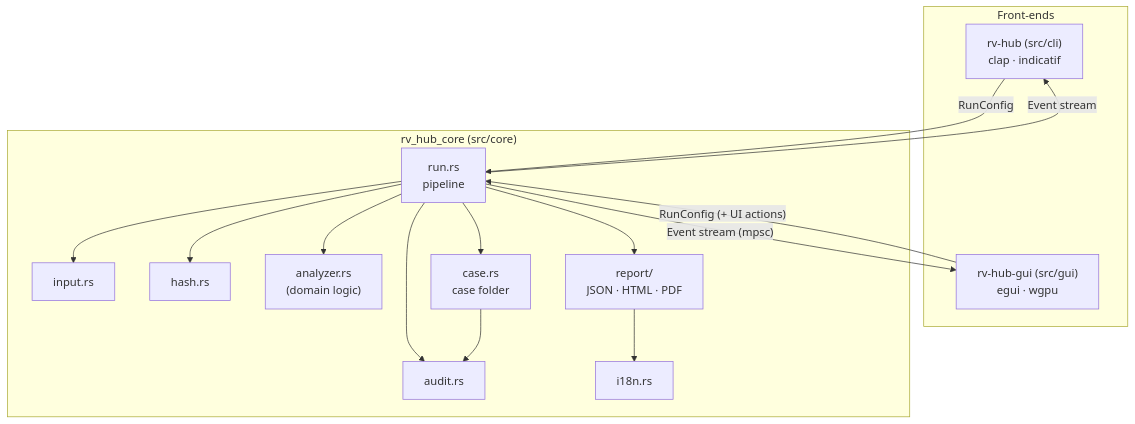
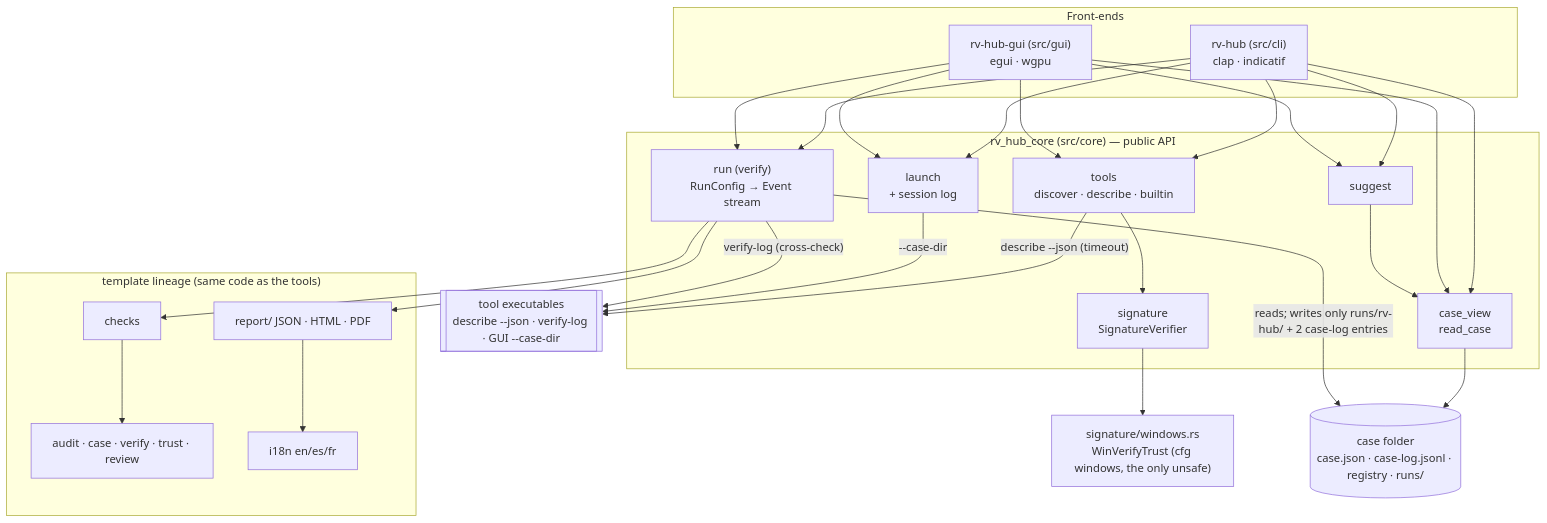
One commit to Panacota96/rv-hub changed the first of 4 diagrams in docs/architecture.md. Above: the diagram before and after it, drawn with Mermaid. The commit also changed other lines of this file and 199 other files, not shown here.

First line of the commit message:
feat(core): hub core API, whole-case verify with tool cross-check, real sample case

````diff
--- a/docs/architecture.md
+++ b/docs/architecture.md
@@ -7,24 +11,34 @@
 ```mermaid
 flowchart TB
     subgraph Front-ends
         CLI["rv-hub (src/cli)<br/>clap · indicatif"]
         GUI["rv-hub-gui (src/gui)<br/>egui · wgpu"]
     end
-    subgraph Core["rv_hub_core (src/core)"]
-        RUN["run.rs<br/>pipeline"]
-        IN["input.rs"]
-        H["hash.rs"]
-        AN["analyzer.rs<br/>(domain logic)"]
-        AU["audit.rs"]
-        CA["case.rs<br/>case folder"]
-        REP["report/<br/>JSON · HTML · PDF"]
-        I18N["i18n.rs"]
+    subgraph Core["rv_hub_core (src/core) — public API"]
+        TOOLS["tools<br/>discover · describe · builtin"]
+        SIG["signature<br/>SignatureVerifier"]
+        LAUNCH["launch<br/>+ session log"]
+        VIEW["case_view<br/>read_case"]
+        SUG["suggest"]
+        RUN["run (verify)<br/>RunConfig → Event stream"]
     end
-    CLI -- RunConfig --> RUN
-    GUI -- "RunConfig (+ UI actions)" --> RUN
-    RUN -- "Event stream" --> CLI
-    RUN -- "Event stream (mpsc)" --> GUI
-    RUN --> IN & H & AN & AU & REP & CA
-    CA --> AU
-    REP --> I18N
+    subgraph Shared["template lineage (same code as the tools)"]
+        CHECKS["checks"]
+        AU["audit · case · verify · trust · review"]
+        REP["report/ JSON · HTML · PDF"]
+        I18N["i18n en/es/fr"]
+    end
+    WIN["signature/windows.rs<br/>WinVerifyTrust (cfg windows, the only unsafe)"]
+    EXE[["tool executables<br/>describe --json · verify-log · GUI --case-dir"]]
+    CASE[("case folder<br/>case.json · case-log.jsonl · registry · runs/")]
+    CLI & GUI --> TOOLS & LAUNCH & VIEW & SUG & RUN
+    TOOLS --> SIG --> WIN
+    TOOLS -- "describe --json (timeout)" --> EXE
+    LAUNCH -- "<gui_exe> --case-dir" --> EXE
+    RUN -- "verify-log (cross-check)" --> EXE
+    VIEW --> CASE
+    SUG --> VIEW
+    RUN --> CHECKS --> AU
+    RUN --> REP --> I18N
+    RUN -- "reads; writes only runs/rv-hub/ + 2 case-log entries" --> CASE
 ```
````
